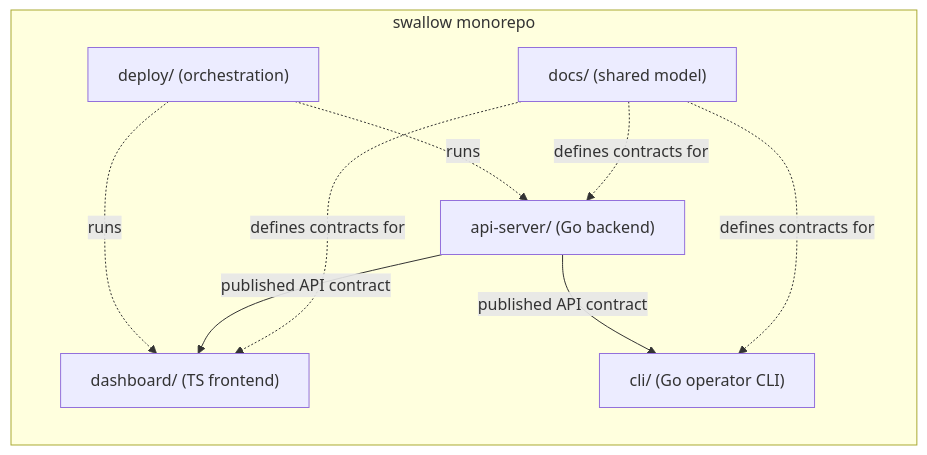
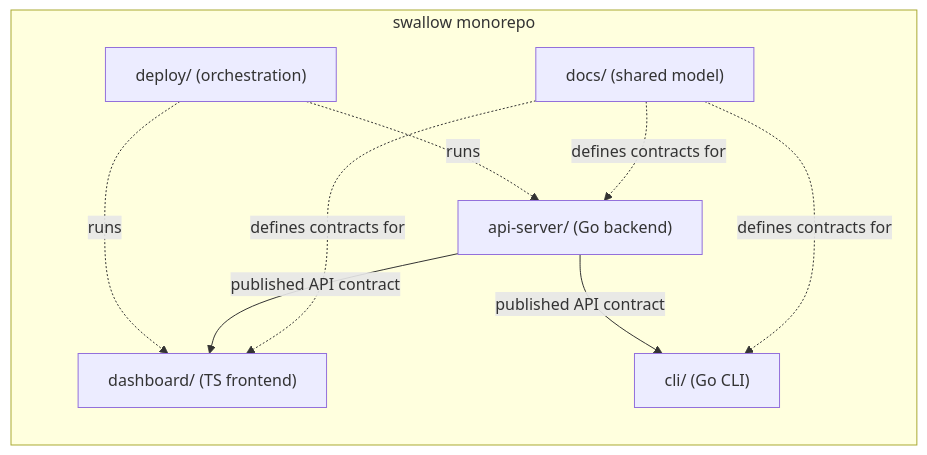
Before and after one commit to maple52046/swallow: the diagram in docs/development/codebase-structure.md, drawn with Mermaid. The commit also changed other lines of this file and 116 other files, not shown here.

````diff
--- a/docs/development/codebase-structure.md
+++ b/docs/development/codebase-structure.md
@@ -64,18 +64,18 @@
 ```mermaid
 flowchart LR
     subgraph repo [swallow monorepo]
         apiServer["api-server/ (Go backend)"]
         dashboard["dashboard/ (TS frontend)"]
-        cli["cli/ (Go operator CLI)"]
+        cli["cli/ (Go CLI)"]
         docs["docs/ (shared model)"]
         deploy["deploy/ (orchestration)"]
     end
 
     docs -.->|defines contracts for| apiServer
     docs -.->|defines contracts for| dashboard
     docs -.->|defines contracts for| cli
     apiServer -->|published API contract| dashboard
     apiServer -->|published API contract| cli
     deploy -.->|runs| apiServer
     deploy -.->|runs| dashboard
 ```
````
